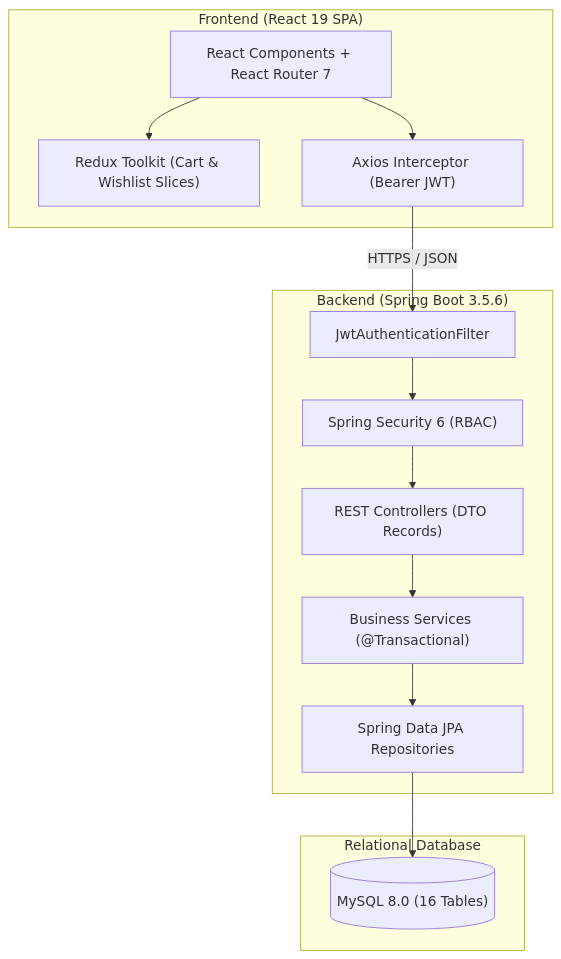
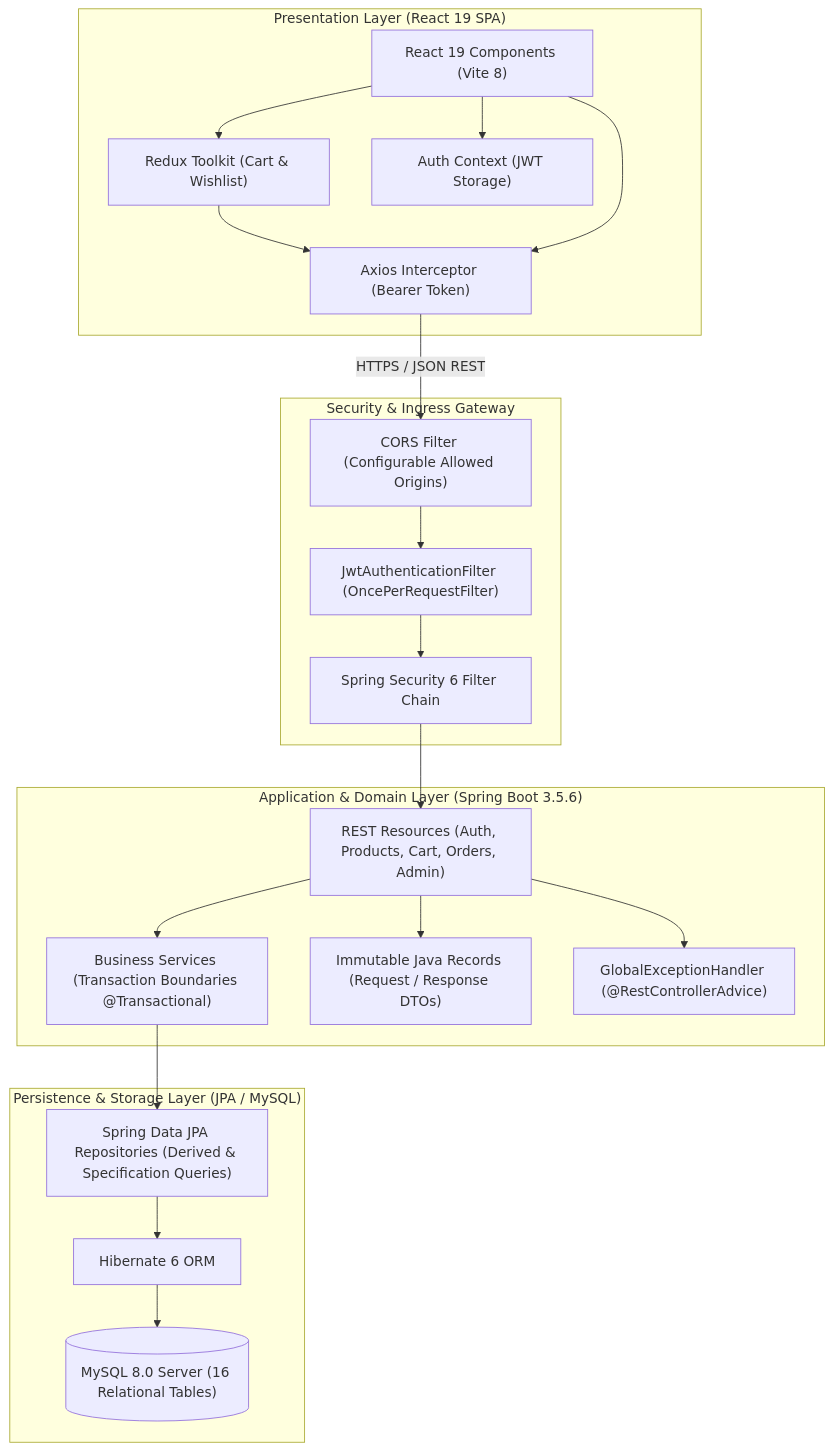
One commit to praSHAnTH630490/shopsphere-fullstack-fp changed the first of 3 diagrams in README.md. Above: the diagram before and after it, drawn with Mermaid. The commit also changed other lines of this file, not shown here.

Commit message:
docs: enhance README with enterprise architecture, engineering decisions, and professional branding

````diff
--- a/README.md
+++ b/README.md
@@ -77,27 +57,42 @@
 ```mermaid
 graph TD
-    subgraph Client ["Frontend (React 19 SPA)"]
-        Browser["React Components + React Router 7"]
-        Redux["Redux Toolkit (Cart & Wishlist Slices)"]
-        Axios["Axios Interceptor (Bearer JWT)"]
-        Browser --> Redux
-        Browser --> Axios
+    subgraph Client ["Presentation Layer (React 19 SPA)"]
+        UI["React 19 Components (Vite 8)"]
+        State["Redux Toolkit (Cart & Wishlist)"]
+        AuthCtx["Auth Context (JWT Storage)"]
+        Axios["Axios Interceptor (Bearer Token)"]
+        UI --> State
+        UI --> AuthCtx
+        State --> Axios
+        UI --> Axios
     end
 
-    subgraph Backend ["Backend (Spring Boot 3.5.6)"]
-        Filter["JwtAuthenticationFilter"]
-        Security["Spring Security 6 (RBAC)"]
-        Resource["REST Controllers (DTO Records)"]
-        Service["Business Services (@Transactional)"]
-        DAO["Spring Data JPA Repositories"]
-        
-        Filter --> Security --> Resource --> Service --> DAO
+    subgraph Gateway ["Security & Ingress Gateway"]
+        CORS["CORS Filter (Configurable Allowed Origins)"]
+        JWTFilter["JwtAuthenticationFilter (OncePerRequestFilter)"]
+        SecurityChain["Spring Security 6 Filter Chain"]
+        CORS --> JWTFilter --> SecurityChain
     end
 
-    subgraph Database ["Relational Database"]
-        MySQL[("MySQL 8.0 (16 Tables)")]
-        DAO --> MySQL
+    subgraph ServiceLayer ["Application & Domain Layer (Spring Boot 3.5.6)"]
+        Controllers["REST Resources (Auth, Products, Cart, Orders, Admin)"]
+        Services["Business Services (Transaction Boundaries @Transactional)"]
+        DTOs["Immutable Java Records (Request / Response DTOs)"]
+        ExceptionHandler["GlobalExceptionHandler (@RestControllerAdvice)"]
+        Controllers --> Services
+        Controllers --> DTOs
+        Controllers --> ExceptionHandler
     end
 
-    Axios -->|"HTTPS / JSON"| Filter
+    subgraph DataLayer ["Persistence & Storage Layer (JPA / MySQL)"]
+        DAOs["Spring Data JPA Repositories (Derived & Specification Queries)"]
+        Hibernate["Hibernate 6 ORM"]
+        DB[("MySQL 8.0 Server (16 Relational Tables)")]
+        Services --> DAOs
+        DAOs --> Hibernate
+        Hibernate --> DB
+    end
+
+    Axios -->|"HTTPS / JSON REST"| CORS
+    SecurityChain --> Controllers
 ```
````
